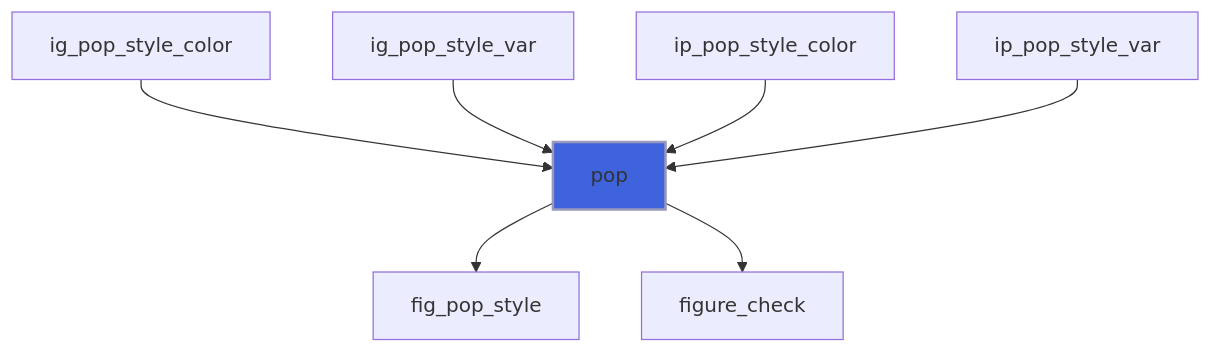
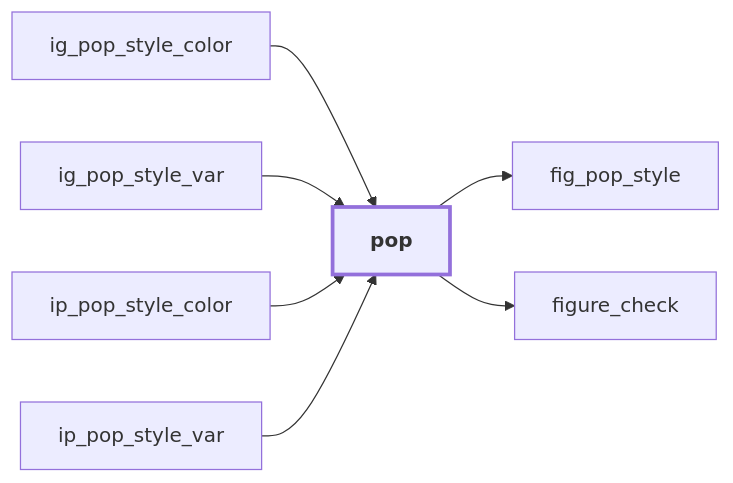
The fifth of 44 diagrams in docs/api/src/lib/figure_style.md (szaghi/figure), drawn with Mermaid before and after one commit. The commit also changed other lines of this file and 54 other files, not shown here.

````diff
--- a/docs/api/src/lib/figure_style.md
+++ b/docs/api/src/lib/figure_style.md
@@ -261,10 +290,17 @@
 ```mermaid
-flowchart TD
+flowchart LR
   ig_pop_style_color["ig_pop_style_color"] --> pop["pop"]
   ig_pop_style_var["ig_pop_style_var"] --> pop["pop"]
   ip_pop_style_color["ip_pop_style_color"] --> pop["pop"]
   ip_pop_style_var["ip_pop_style_var"] --> pop["pop"]
   pop["pop"] --> fig_pop_style["fig_pop_style"]
   pop["pop"] --> figure_check["figure_check"]
-  style pop fill:#3e63dd,stroke:#99b,stroke-width:2px
+  classDef focus stroke-width:3px,font-weight:bold
+  class pop focus
+  click ig_pop_style_color href "#ig-pop-style-color" "ig_pop_style_color"
+  click ig_pop_style_var href "#ig-pop-style-var" "ig_pop_style_var"
+  click ip_pop_style_color href "#ip-pop-style-color" "ip_pop_style_color"
+  click ip_pop_style_var href "#ip-pop-style-var" "ip_pop_style_var"
+  click figure_check href "figure_base.html#figure-check" "figure_check"
+  click fig_pop_style href "figure_c_native.html#fig-pop-style" "fig_pop_style"
 ```
````
